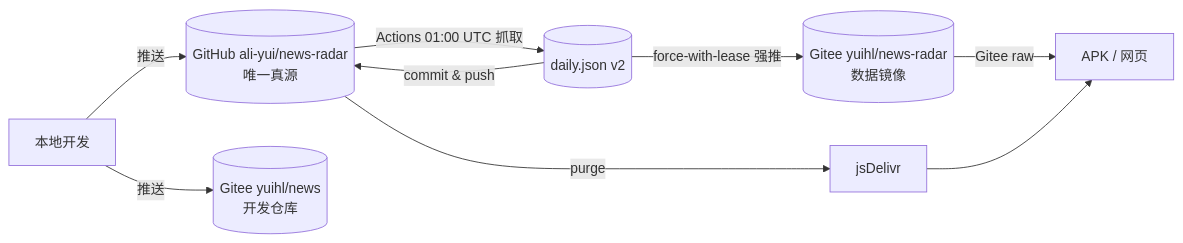
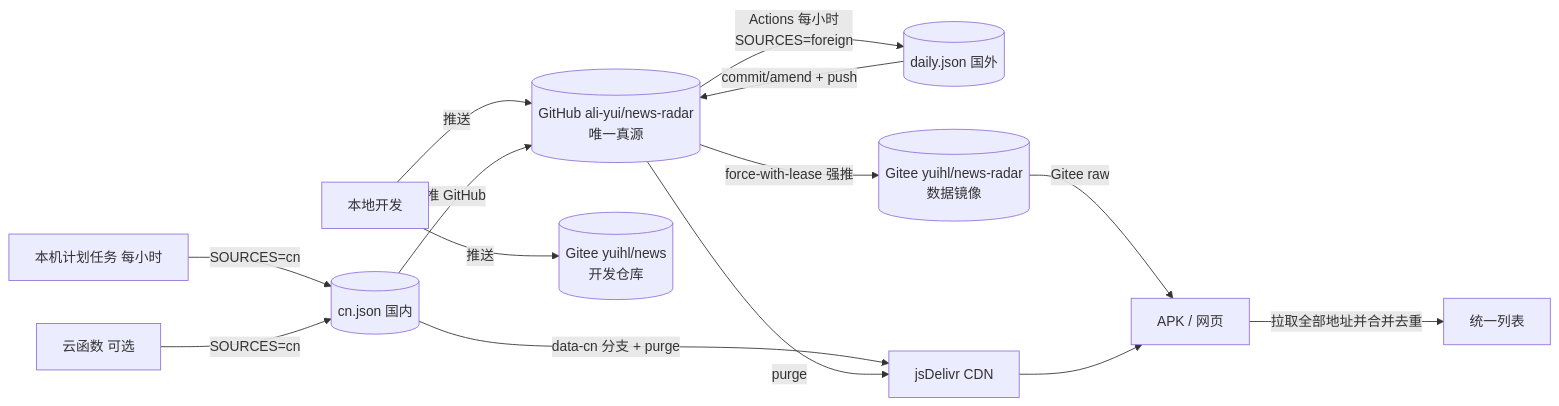
The diagram in README.md (ali-yui/news-radar), drawn with Mermaid before and after one commit. The commit also changed other lines of this file and 9 other files, not shown here.

````diff
--- a/README.md
+++ b/README.md
@@ -23,11 +69,16 @@
 ```mermaid
 flowchart LR
   A[本地开发] -->|推送| G[(GitHub ali-yui/news-radar<br/>唯一真源)]
-  G -->|Actions 01:00 UTC 抓取| D[(daily.json v2)]
-  D -->|commit & push| G
-  D -->|force-with-lease 强推| M[(Gitee yuihl/news-radar<br/>数据镜像)]
+  G -->|Actions 每小时<br/>SOURCES=foreign| D1[(daily.json 国外)]
+  D1 -->|commit/amend + push| G
+  G -->|force-with-lease 强推| M[(Gitee yuihl/news-radar<br/>数据镜像)]
   A -->|推送| N[(Gitee yuihl/news<br/>开发仓库)]
-  G -->|purge| CDN[jsDelivr]
+  PC[本机计划任务 每小时] -->|SOURCES=cn| D2[(cn.json 国内)]
+  CF[云函数 可选] -->|SOURCES=cn| D2
+  D2 -->|data-cn 分支 + purge| CDN[jsDelivr CDN]
+  D2 -->|推 GitHub| G
+  G -->|purge| CDN
   M -->|Gitee raw| APP[APK / 网页]
   CDN --> APP
+  APP -->|拉取全部地址并合并去重| LIST[统一列表]
 ```
````
